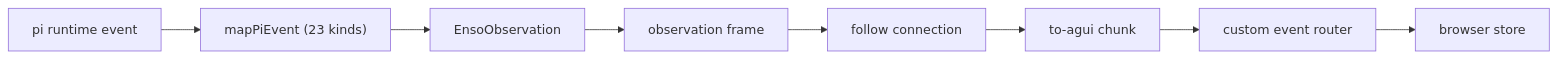
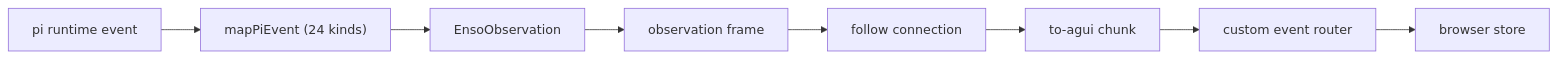
One commit to dopamine911/enso-harness changed the second of 2 diagrams in docs/reference/flows.md. Above: the diagram before and after it, drawn with Mermaid. The commit also changed other lines of this file and 30 other files, not shown here.

````diff
--- a/docs/reference/flows.md
+++ b/docs/reference/flows.md
@@ -60,11 +60,11 @@
 ```mermaid
 flowchart LR
   Pi["pi runtime event"]
-  Pi --> Mapper["mapPiEvent (23 kinds)"]
+  Pi --> Mapper["mapPiEvent (24 kinds)"]
   Mapper --> Schema["EnsoObservation"]
   Schema --> Frame["observation frame"]
   Frame --> Connection["follow connection"]
   Connection --> Adapter["to-agui chunk"]
   Adapter --> Router["custom event router"]
   Router --> Store["browser store"]
 ```
````
